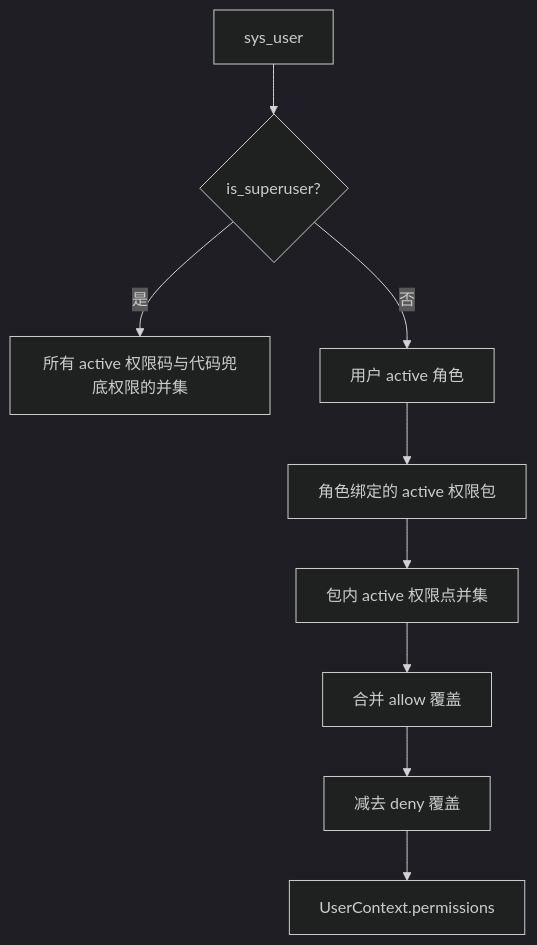
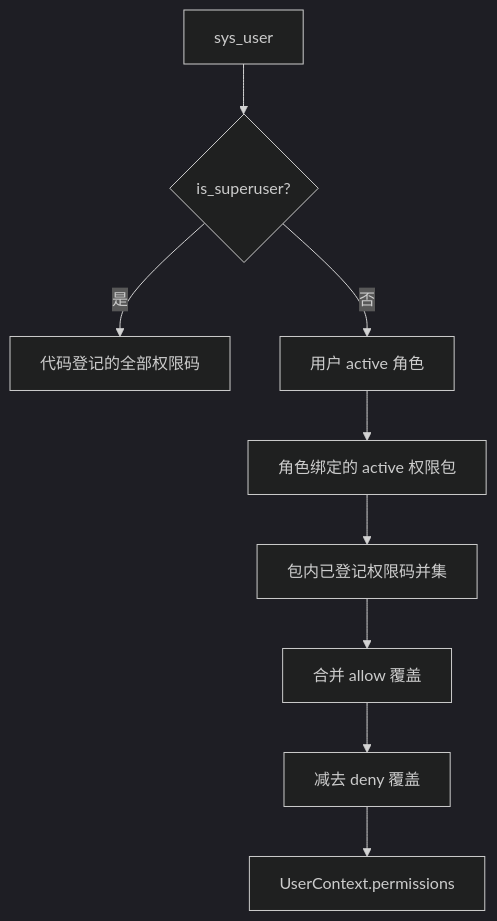
Before and after one commit to TianBa-SCP035/Antibody_Forge: the second of 4 diagrams in docs/auth-permissions.md, drawn with Mermaid (dark theme). The commit also changed other lines of this file and 186 other files, not shown here.

````diff
--- a/docs/auth-permissions.md
+++ b/docs/auth-permissions.md
@@ -186,11 +184,11 @@
 ```mermaid
 flowchart TD
   U[sys_user] --> SU{is_superuser?}
-  SU -->|是| ALL[所有 active 权限码与代码兜底权限的并集]
+  SU -->|是| ALL[代码登记的全部权限码]
   SU -->|否| R[用户 active 角色]
   R --> B[角色绑定的 active 权限包]
-  B --> P[包内 active 权限点并集]
+  B --> P[包内已登记权限码并集]
   P --> O[合并 allow 覆盖]
   O --> M[减去 deny 覆盖]
   M --> CTX[UserContext.permissions]
 ```
````
